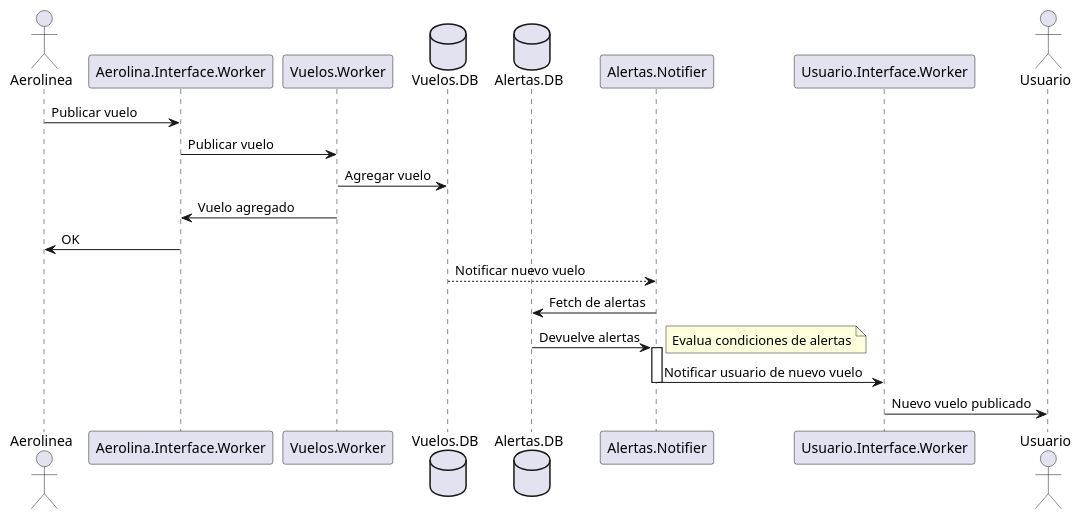
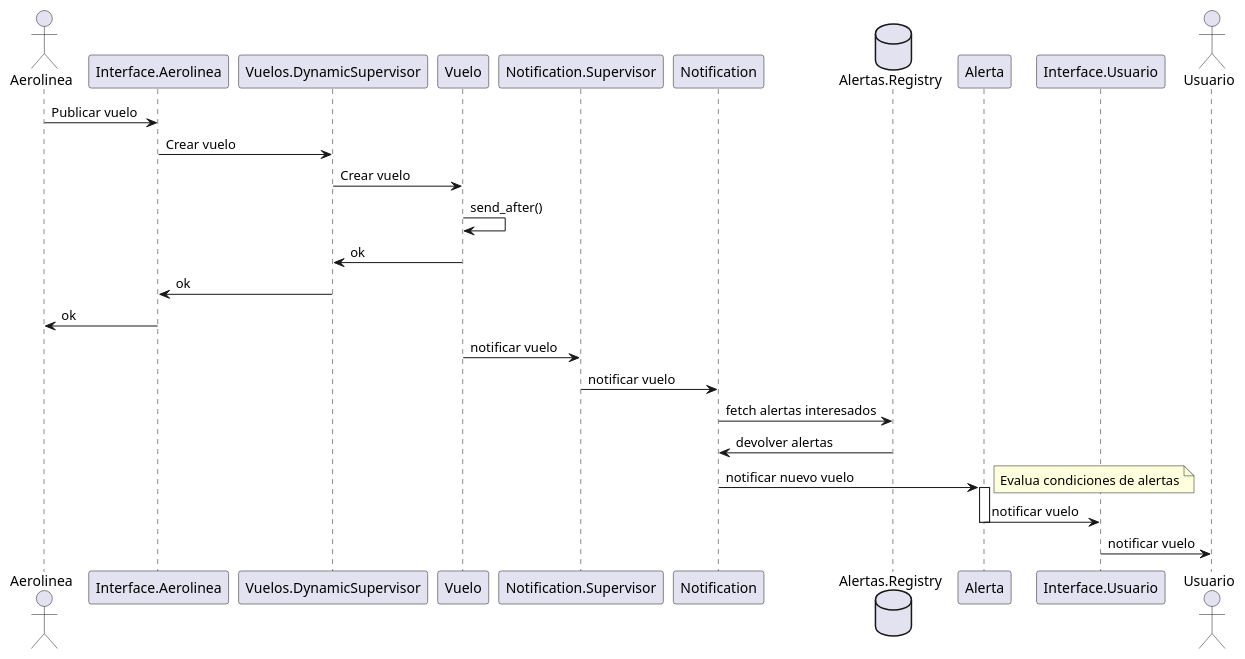
One commit to NicoMadd/levantar-vuelo changed the diagram in diagrams/secuencia_publicar_vuelo.puml. Above: the diagram before and after it, drawn with PlantUML. The commit also changed 1 other file, not shown here.

Commit message:
update: secuencia de publicar vuelo

```diff
--- a/diagrams/secuencia_publicar_vuelo.puml
+++ b/diagrams/secuencia_publicar_vuelo.puml
@@ -1,27 +1,31 @@
 @startuml Secuencia Publicar Vuelo 
 actor Aerolinea
-participant Aerolina.Interface.Worker
-participant Vuelos.Worker
-database Vuelos.DB
-database Alertas.DB
-participant Alertas.Notifier
-participant Usuario.Interface.Worker
+participant Interface.Aerolinea
+participant Vuelos.DynamicSupervisor
+participant Vuelo
+participant Notification.Supervisor
+participant Notification
+database Alertas.Registry
+participant Alerta
+participant Interface.Usuario
 actor Usuario
 
-
-Aerolinea -> "Aerolina.Interface.Worker": Publicar vuelo
-"Aerolina.Interface.Worker" -> Vuelos.Worker: Publicar vuelo
-Vuelos.Worker -> Vuelos.DB: Agregar vuelo
-Vuelos.Worker -> "Aerolina.Interface.Worker": Vuelo agregado
-"Aerolina.Interface.Worker" -> Aerolinea: OK
-Vuelos.DB --> Alertas.Notifier: Notificar nuevo vuelo
-Alertas.Notifier -> Alertas.DB: Fetch de alertas
-Alertas.DB -> Alertas.Notifier: Devuelve alertas
-activate Alertas.Notifier
+Aerolinea -> "Interface.Aerolinea": Publicar vuelo
+"Interface.Aerolinea" -> Vuelos.DynamicSupervisor: Crear vuelo
+Vuelos.DynamicSupervisor -> Vuelo: Crear vuelo
+Vuelo -> Vuelo: send_after()
+Vuelo -> Vuelos.DynamicSupervisor: ok
+Vuelos.DynamicSupervisor -> Interface.Aerolinea: ok
+Interface.Aerolinea -> Aerolinea: ok
+Vuelo -> Notification.Supervisor: notificar vuelo
+Notification.Supervisor -> Notification: notificar vuelo
+Notification -> Alertas.Registry: fetch alertas interesados
+Alertas.Registry -> Notification: devolver alertas
+Notification -> Alerta: notificar nuevo vuelo
+activate Alerta
 note right: Evalua condiciones de alertas
-
-Alertas.Notifier -> Usuario.Interface.Worker: Notificar usuario de nuevo vuelo
-deactivate Alertas.Notifier
-Usuario.Interface.Worker -> Usuario: Nuevo vuelo publicado
+Alerta -> Interface.Usuario: notificar vuelo
+deactivate Alerta
+Interface.Usuario -> Usuario: notificar vuelo
 
 @enduml
```
